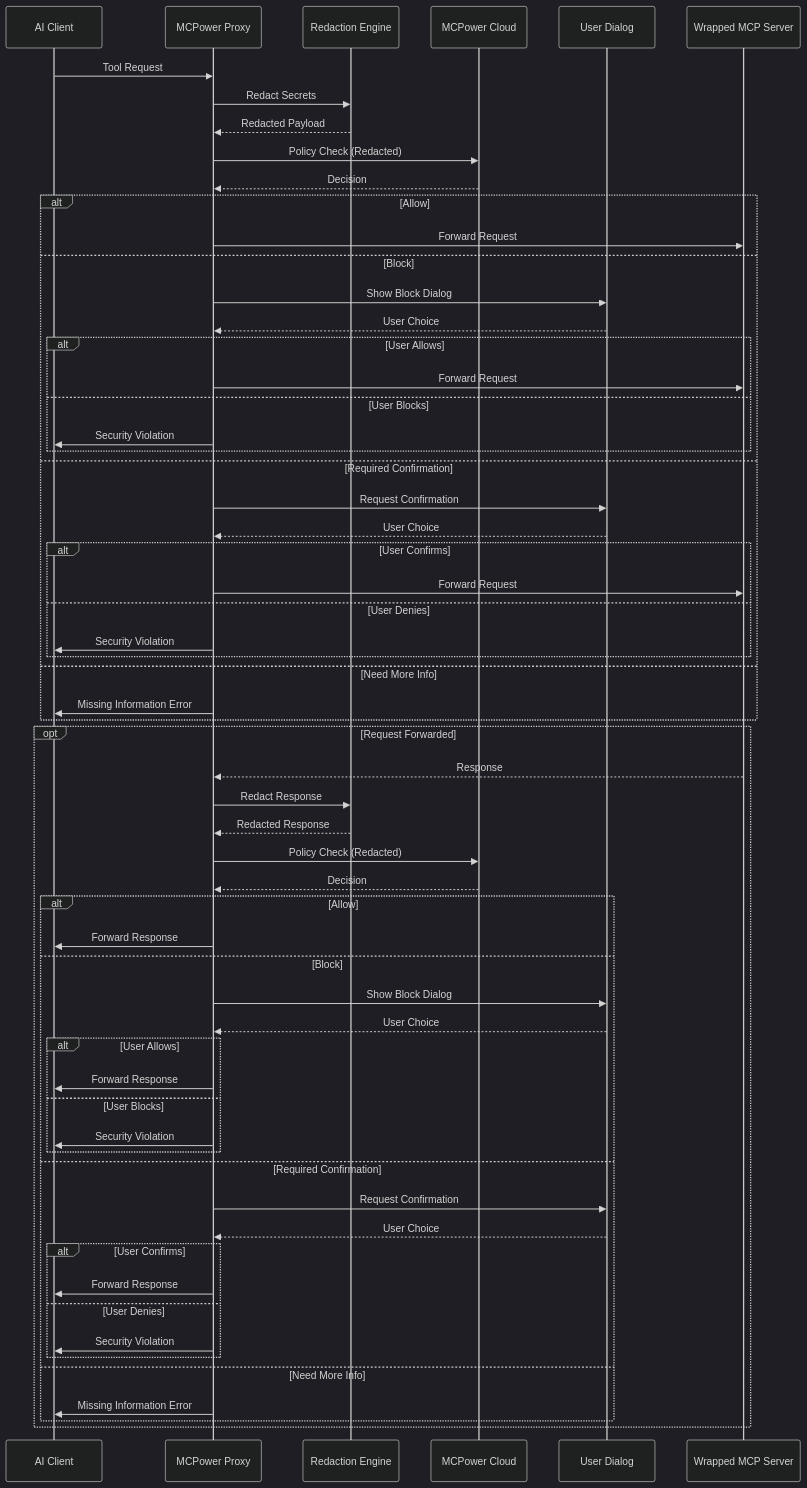
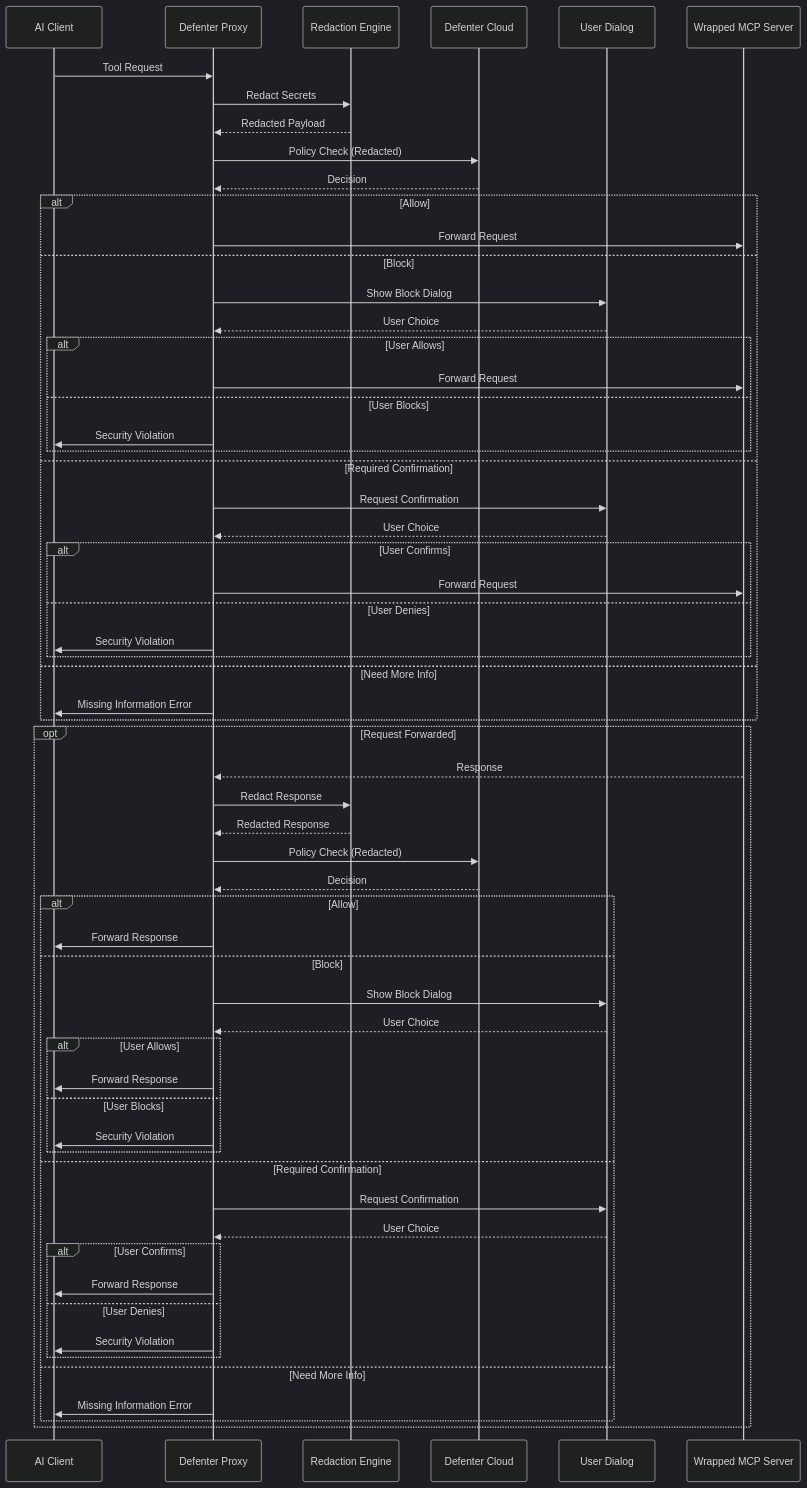
One commit to MCPower-Security/mcpower-proxy changed the diagram in src/README.md. Above: the diagram before and after it, drawn with Mermaid (dark theme). The commit also changed other lines of this file and 72 other files, not shown here.

Commit message:
feat(project): rename project from `MCPower` to `Defenter` across all files and configurations

````diff
--- a/src/README.md
+++ b/src/README.md
@@ -65,67 +65,67 @@
 ```mermaid
 sequenceDiagram
     participant AI as AI Client
-    participant Proxy as MCPower Proxy
+    participant Proxy as Defenter Proxy
     participant Redact as Redaction Engine
-    participant Cloud as MCPower Cloud
+    participant Cloud as Defenter Cloud
     participant Dialog as User Dialog
     participant MCP as Wrapped MCP Server
 
     AI->>Proxy: Tool Request
     Proxy->>Redact: Redact Secrets
     Redact-->>Proxy: Redacted Payload
     Proxy->>Cloud: Policy Check (Redacted)
     Cloud-->>Proxy: Decision
     
     alt Allow
         Proxy->>MCP: Forward Request
     else Block
         Proxy->>Dialog: Show Block Dialog
         Dialog-->>Proxy: User Choice
         alt User Allows
             Proxy->>MCP: Forward Request
         else User Blocks
             Proxy->>AI: Security Violation
         end
     else Required Confirmation
         Proxy->>Dialog: Request Confirmation
         Dialog-->>Proxy: User Choice
         alt User Confirms
             Proxy->>MCP: Forward Request
         else User Denies
             Proxy->>AI: Security Violation
         end
     else Need More Info
         Proxy->>AI: Missing Information Error
     end
     
     opt Request Forwarded
         MCP-->>Proxy: Response
         Proxy->>Redact: Redact Response
         Redact-->>Proxy: Redacted Response
         Proxy->>Cloud: Policy Check (Redacted)
         Cloud-->>Proxy: Decision
         
         alt Allow
             Proxy->>AI: Forward Response
         else Block
             Proxy->>Dialog: Show Block Dialog
             Dialog-->>Proxy: User Choice
             alt User Allows
                 Proxy->>AI: Forward Response
             else User Blocks
                 Proxy->>AI: Security Violation
             end
         else Required Confirmation
             Proxy->>Dialog: Request Confirmation
             Dialog-->>Proxy: User Choice
             alt User Confirms
                 Proxy->>AI: Forward Response
             else User Denies
                 Proxy->>AI: Security Violation
             end
         else Need More Info
             Proxy->>AI: Missing Information Error
         end
     end
 ```
````
